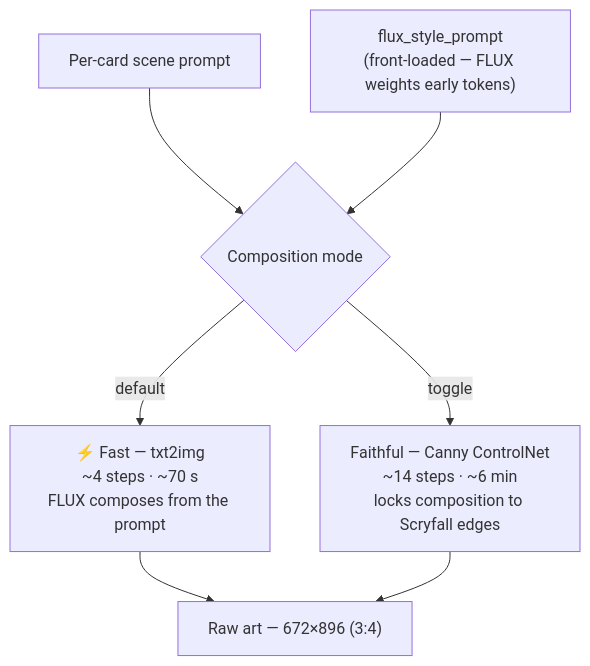
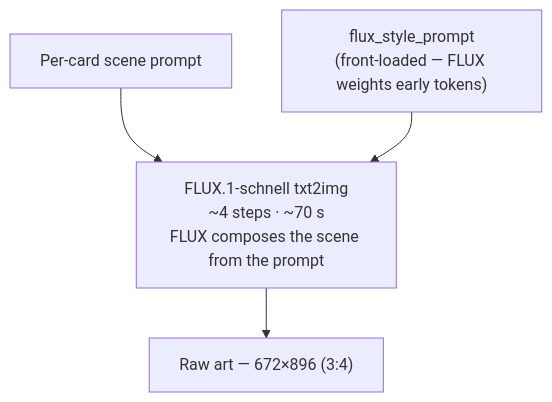
Before and after one commit to drew-valentine/deck-art-studio: the third of 4 diagrams in README.md, drawn with Mermaid. The commit also changed other lines of this file and 6 other files, not shown here.

First line of the commit message:
feat: remove the Fast/Faithful composition toggle — always txt2img

````diff
--- a/README.md
+++ b/README.md
@@ -182,14 +178,11 @@
 ```mermaid
 flowchart TD
     SCENE["Per-card scene prompt"]
     STYLE["flux_style_prompt\n(front-loaded — FLUX weights early tokens)"]
-    MODE{"Composition mode"}
-    FAST["⚡ Fast — txt2img\n~4 steps · ~70 s\nFLUX composes from the prompt"]
-    FAITH["Faithful — Canny ControlNet\n~14 steps · ~6 min\nlocks composition to Scryfall edges"]
+    FLUX["FLUX.1-schnell txt2img\n~4 steps · ~70 s\nFLUX composes the scene from the prompt"]
     OUT["Raw art — 672×896 (3:4)"]
 
-    SCENE --> MODE
-    STYLE --> MODE
-    MODE -->|default| FAST --> OUT
-    MODE -->|toggle| FAITH --> OUT
+    SCENE --> FLUX
+    STYLE --> FLUX
+    FLUX --> OUT
 ```
````
